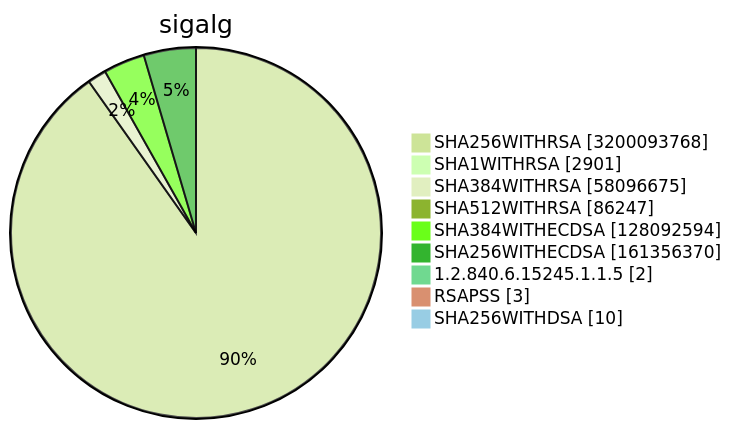
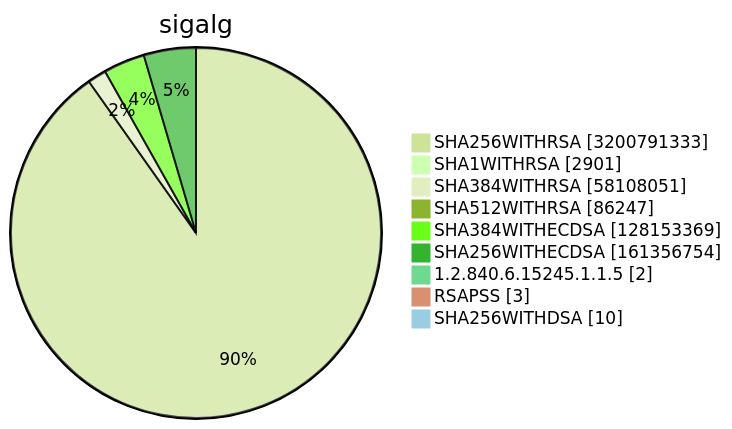
One commit to christiankrug/ctmonitor_visualization changed diagram 15 of 15 in TOTAL/README.md. Above: the diagram before and after it, drawn with Mermaid (forest theme). The commit also changed other lines of this file, not shown here.

````diff
--- a/TOTAL/README.md
+++ b/TOTAL/README.md
@@ -6216,13 +6216,13 @@
 ```mermaid
 pie showData
 title sigalg
-"SHA256WITHRSA" :3200093768
+"SHA256WITHRSA" :3200791333
 "SHA1WITHRSA" :2901
-"SHA384WITHRSA" :58096675
+"SHA384WITHRSA" :58108051
 "SHA512WITHRSA" :86247
-"SHA384WITHECDSA" :128092594
-"SHA256WITHECDSA" :161356370
+"SHA384WITHECDSA" :128153369
+"SHA256WITHECDSA" :161356754
 "1.2.840.6.15245.1.1.5" :2
 "RSAPSS" :3
 "SHA256WITHDSA" :10
 ```
````
